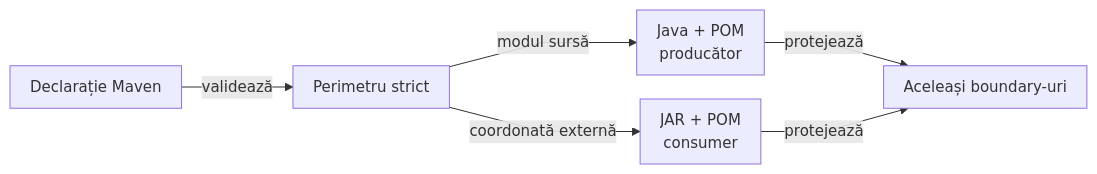
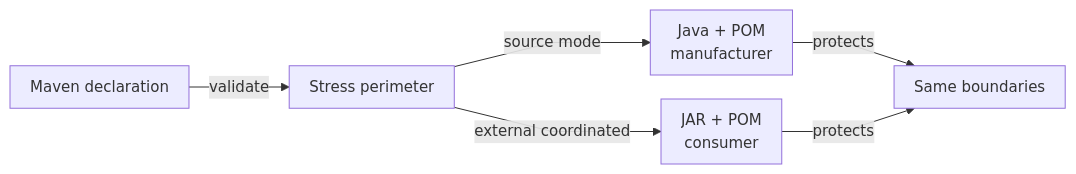
The diagram in atf-tests/src/test/java/atf/api/tests/governance/distribution/README.md (crististefanita/atf_j0), drawn with Mermaid before and after one commit. The commit also changed other lines of this file and 113 other files, not shown here.

````diff
--- a/atf-tests/src/test/java/atf/api/tests/governance/distribution/README.md
+++ b/atf-tests/src/test/java/atf/api/tests/governance/distribution/README.md
@@ -43,9 +45,9 @@
 ```mermaid
 %%{init: {"themeVariables":{"fontSize":"15px"},"themeCSS":".nodeLabel, .nodeLabel p { font-size: 15px !important; line-height: 1.35 !important; } .edgeLabel, .edgeLabel p { font-size: 12px !important; font-weight: 400 !important; line-height: 1.2 !important; } .edgeLabel .labelBkg, .edgeLabel p { background: transparent !important; } .edgeLabel foreignObject { transform: translateY(-18px); overflow: visible; } .node rect { rx: 6px; ry: 6px; }","flowchart":{"curve":"linear","nodeSpacing":24,"rankSpacing":40,"padding":10,"diagramPadding":16}}}%%
 flowchart LR
-    Maven["Declarație Maven"] -->|validează| Model["Perimetru strict"]
-    Model -->|modul sursă| Source["Java + POM<br/>producător"]
-    Model -->|coordonată externă| Binary["JAR + POM<br/>consumer"]
-    Source -->|protejează| Rules["Aceleași boundary-uri"]
-    Binary -->|protejează| Rules
+    Maven["Maven declaration"] -->|validate| Model["Stress perimeter"]
+    Model -->|source mode| Source["Java + POM <br/> manufacturer"]
+    Model -->|external coordinated| Binary["JAR + POM<br/>consumer"]
+    Source -->|protects| Rules["Same boundaries"]
+    Binary -->|protects| Rules
 ```
````
